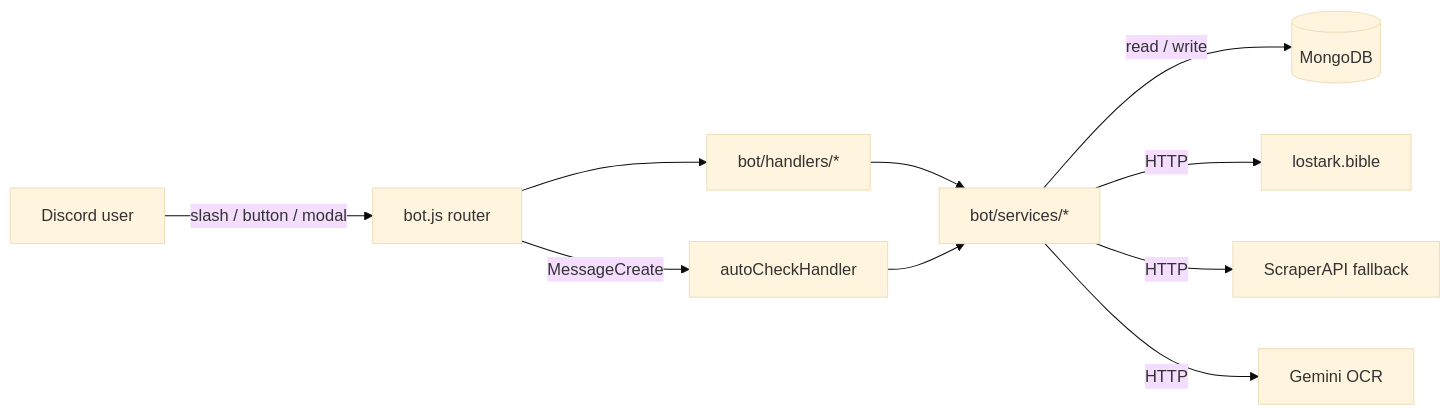
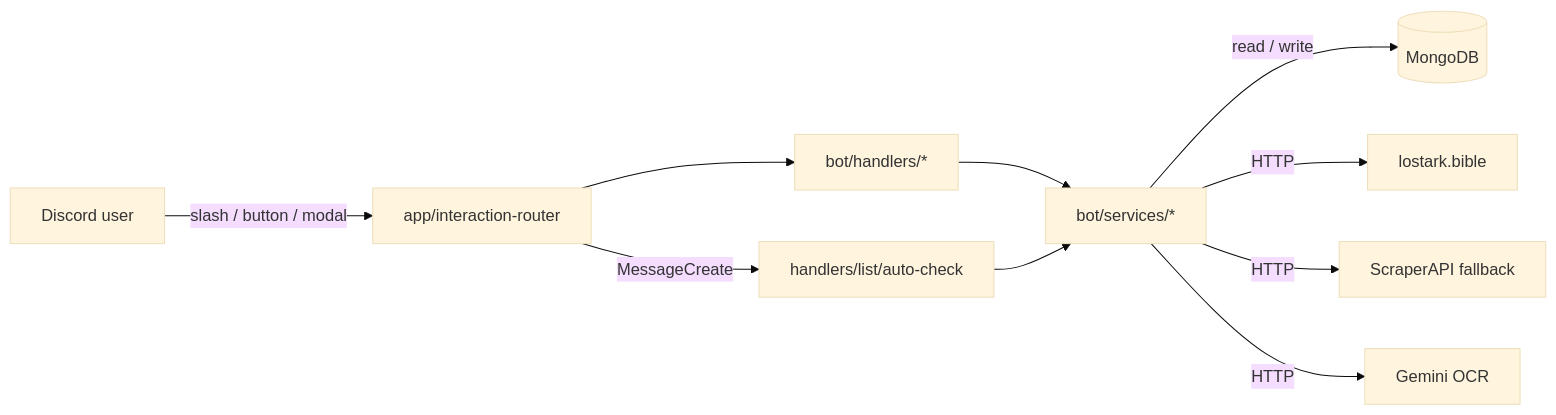
The second of 2 diagrams in README.md (madieukhang/lostarkbotcheckstatus), drawn with Mermaid (base theme) before and after one commit. The commit also changed other lines of this file and 50 other files, not shown here.

````diff
--- a/README.md
+++ b/README.md
@@ -258,12 +198,12 @@
 ```mermaid
 flowchart LR
-  U[Discord user] -->|slash / button / modal| B[bot.js router]
-  B --> H[bot/handlers/*]
+  U[Discord user] -->|slash / button / modal| R[app/interaction-router]
+  R --> H[bot/handlers/*]
   H --> S[bot/services/*]
   S -->|read / write| DB[(MongoDB)]
   S -->|HTTP| BIB[lostark.bible]
   S -->|HTTP| PROXY[ScraperAPI fallback]
   S -->|HTTP| GEM[Gemini OCR]
-  B -->|MessageCreate| AC[autoCheckHandler]
+  R -->|MessageCreate| AC[handlers/list/auto-check]
   AC --> S
 ```
````
